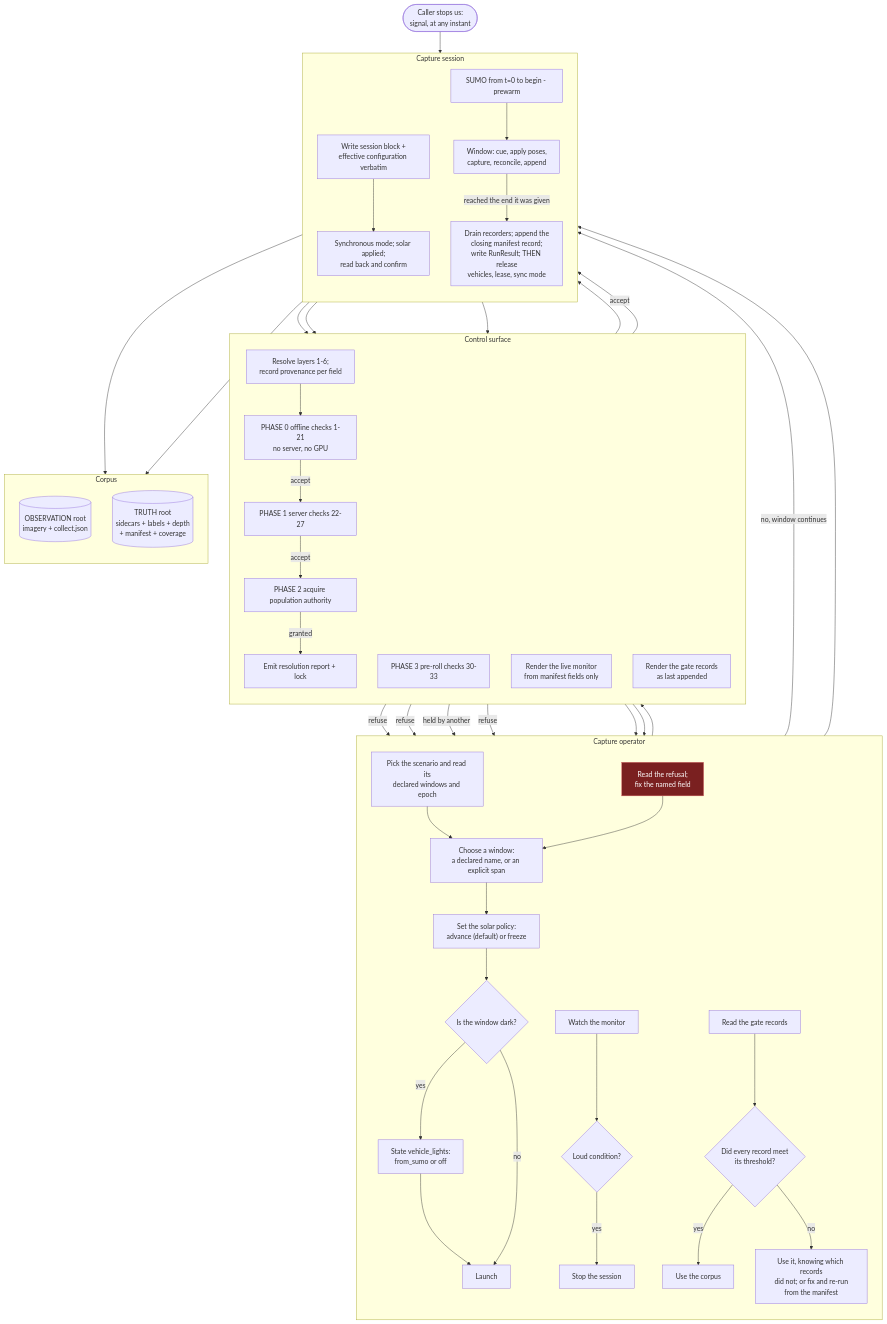
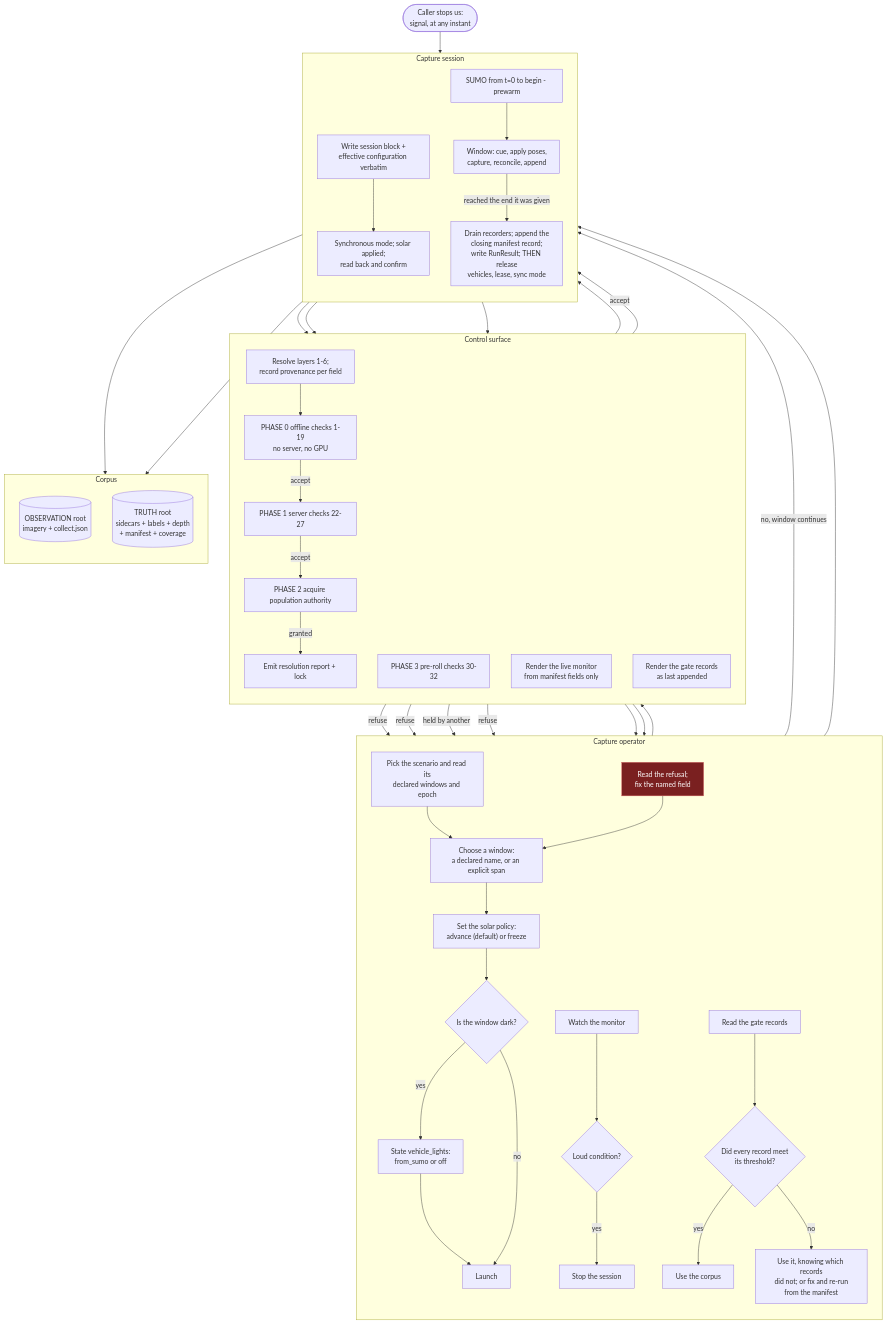
Before and after one commit to sbrett9/carla: the fourth of 4 diagrams in Docs/CAT_Research/Plans/SUMO_Behavioral_Capture/12_Operator_Control_Surface.md, drawn with Mermaid. The commit also changed other lines of this file, not shown here.

````diff
--- a/Docs/CAT_Research/Plans/SUMO_Behavioral_Capture/12_Operator_Control_Surface.md
+++ b/Docs/CAT_Research/Plans/SUMO_Behavioral_Capture/12_Operator_Control_Surface.md
@@ -2152,74 +2129,74 @@
 ```mermaid
 flowchart TB
     subgraph OP["Capture operator"]
         direction TB
         O1["Pick the scenario and read its<br/>declared windows and epoch"]
         O2["Choose a window:<br/>a declared name, or an explicit span"]
         O3["Set the solar policy:<br/>advance (default) or freeze"]
         O4{"Is the window dark?"}
         O5["State vehicle_lights:<br/>from_sumo or off"]
         O6["Launch"]
         O7["Read the refusal;<br/>fix the named field"]
         O8["Watch the monitor"]
         O9{"Loud condition?"}
         O10["Stop the session"]
         O11["Read the gate records"]
         O12{"Did every record meet<br/>its threshold?"}
         O13["Use the corpus"]
         O14["Use it, knowing which records<br/>did not; or fix and re-run<br/>from the manifest"]
     end
 
     subgraph CS["Control surface"]
         direction TB
         C1["Resolve layers 1-6;<br/>record provenance per field"]
-        C2["PHASE 0 offline checks 1-21<br/>no server, no GPU"]
+        C2["PHASE 0 offline checks 1-19<br/>no server, no GPU"]
         C3["PHASE 1 server checks 22-27"]
         C4["PHASE 2 acquire population authority"]
-        C5["PHASE 3 pre-roll checks 30-33"]
+        C5["PHASE 3 pre-roll checks 30-32"]
         C6["Emit resolution report + lock"]
         C7["Render the live monitor<br/>from manifest fields only"]
         C8["Render the gate records<br/>as last appended"]
     end
 
     subgraph SESS["Capture session"]
         direction TB
         S1["Write session block +<br/>effective configuration verbatim"]
         S2["Synchronous mode; solar applied;<br/>read back and confirm"]
         S3["SUMO from t=0 to begin - prewarm"]
         S4["Window: cue, apply poses,<br/>capture, reconcile, append"]
         S5["Drain recorders; append the<br/>closing manifest record;<br/>write RunResult; THEN release<br/>vehicles, lease, sync mode"]
     end
 
     subgraph CORP["Corpus"]
         direction TB
         P1[("OBSERVATION root<br/>imagery + collect.json")]
         P2[("TRUTH root<br/>sidecars + labels + depth<br/>+ manifest + coverage")]
     end
 
     O1 --> O2 --> O3 --> O4
     O4 -->|"yes"| O5 --> O6
     O4 -->|"no"| O6
     O6 --> C1 --> C2
     C2 -->|"refuse"| O7 --> O2
     C2 -->|"accept"| C3
     C3 -->|"refuse"| O7
     C3 -->|"accept"| C4
     C4 -->|"held by another"| O7
     C4 -->|"granted"| C6 --> S1 --> S2 --> C5
     C5 -->|"refuse"| O7
     C5 -->|"accept"| S3 --> S4
     S4 --> C7 --> O8 --> O9
     O9 -->|"yes"| O10
     O9 -->|"no, window continues"| S4
     S4 -->|"reached the end it was given"| S5
     O10 --> S5
     KILL(["Caller stops us:<br/>signal, at any instant"]) --> S5
     S4 --> P1
     S4 --> P2
     S5 --> C8 --> O11 --> O12
     O12 -->|"yes"| O13
     O12 -->|"no"| O14
 
     classDef refusal fill:#7a2020,stroke:#d06060,color:#fff
     class O7 refusal
 ```
````
